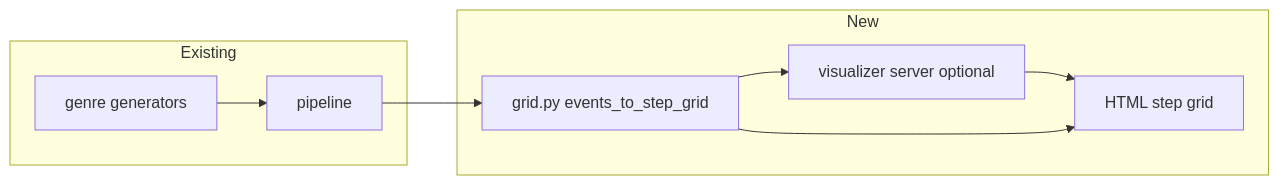
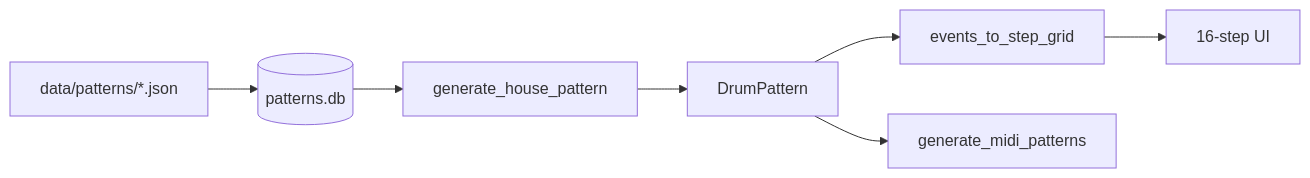
One commit to J-Jurza/midi-beats changed the diagram in docs/VISUALIZER_PLAN.md. Above: the diagram before and after it, drawn with Mermaid. The commit also changed other lines of this file and 18 other files, not shown here.

First line of the commit message:
TR-8 pattern slots, grid model, and SQLite pattern library

````diff
--- a/docs/VISUALIZER_PLAN.md
+++ b/docs/VISUALIZER_PLAN.md
@@ -114,17 +53,11 @@
 ```mermaid
 flowchart LR
-  subgraph gen [Existing]
-    G[genre generators]
-    P[pipeline]
-    G --> P
-  end
-  subgraph viz [New]
-    GR[grid.py events_to_step_grid]
-    API[visualizer server optional]
-    UI[HTML step grid]
-    P --> GR
-    GR --> API
-    API --> UI
-    GR --> UI
-  end
+  DB[(patterns.db)]
+  JSON[data/patterns/*.json]
+  JSON --> DB
+  DB --> Gen[generate_house_pattern]
+  Gen --> DP[DrumPattern]
+  DP --> Grid[events_to_step_grid]
+  DP --> MIDI[generate_midi_patterns]
+  Grid --> UI[16-step UI]
 ```
````
